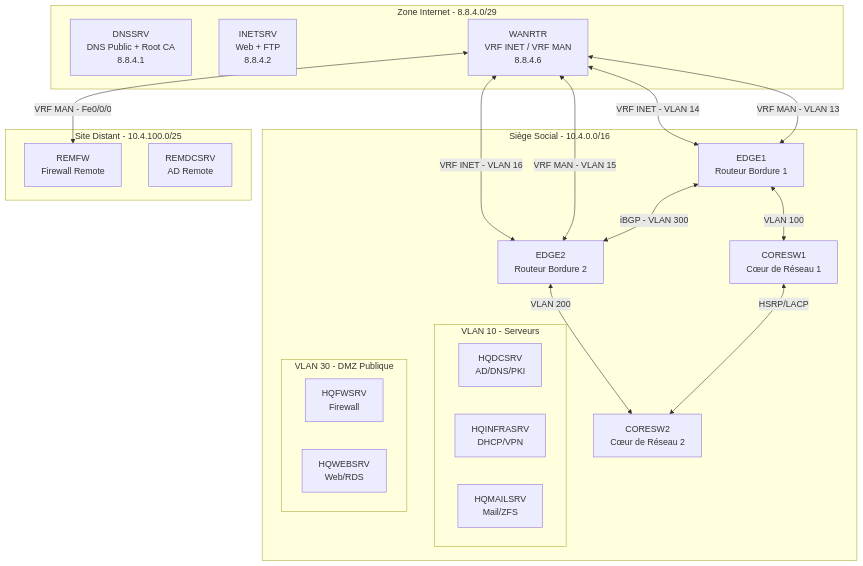
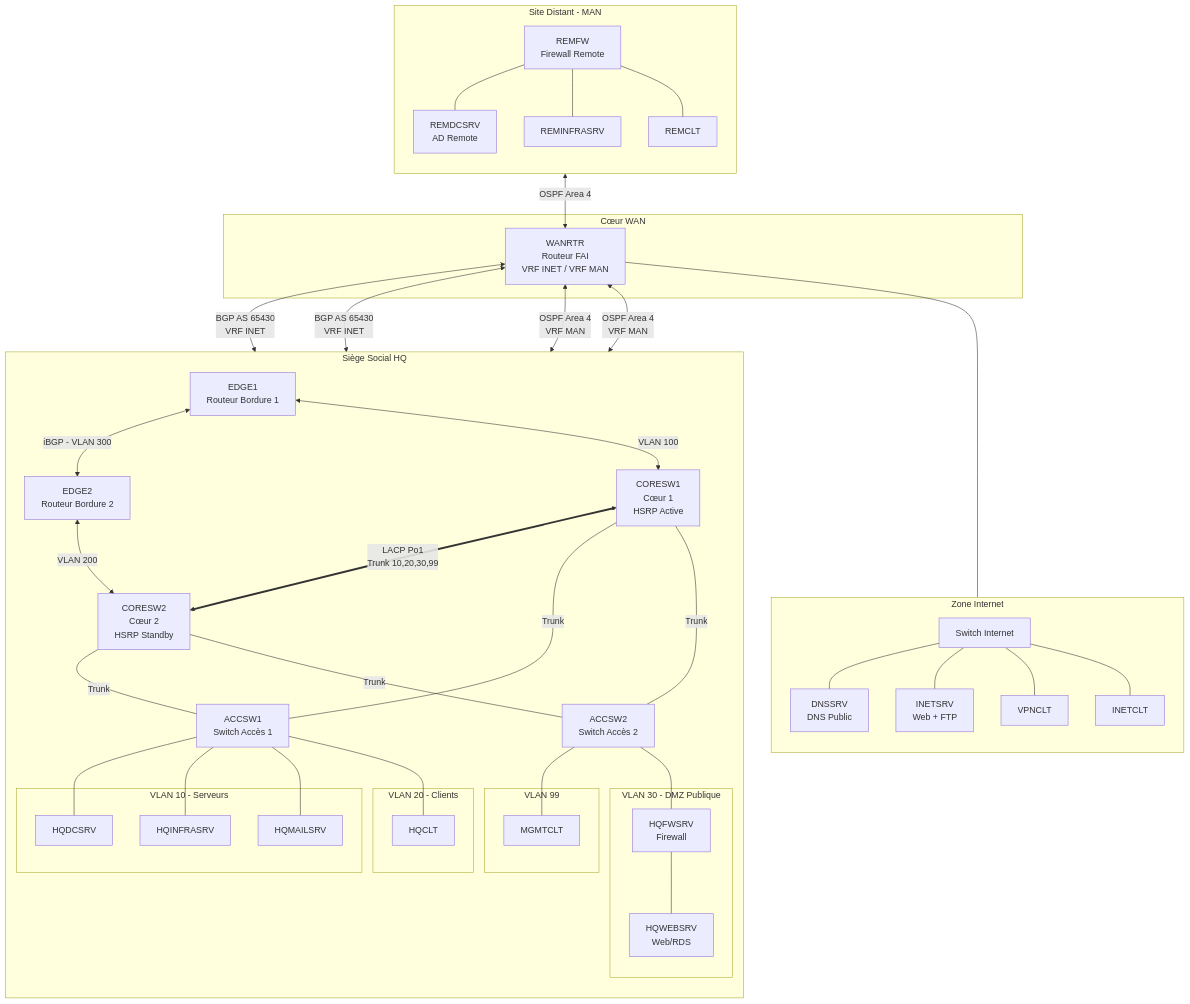
The diagram in readme.md (BadIssues/SAE-501), drawn with Mermaid before and after one commit. The commit also changed other lines of this file, not shown here.

Commit message:
Mise à jour topologie complète avec ACCSW et liens détaillés

````diff
--- a/readme.md
+++ b/readme.md
@@ -24,21 +24,62 @@
 ```mermaid
 graph TD
-    subgraph INTERNET [Zone Internet - 8.8.4.0/29]
-        DNSSRV[DNSSRV<br>DNS Public + Root CA<br>8.8.4.1]
-        INETSRV[INETSRV<br>Web + FTP<br>8.8.4.2]
-        WANRTR[WANRTR<br>VRF INET / VRF MAN<br>8.8.4.6]
+    %% --- Zone REMOTE (Gauche) ---
+    subgraph REMOTE [Site Distant - MAN]
+        direction TB
+        REMFW[REMFW<br>Firewall Remote]
+        REMDCSRV[REMDCSRV<br>AD Remote]
+        REMINFRASRV[REMINFRASRV]
+        REMCLT[REMCLT]
+        
+        REMFW --- REMDCSRV & REMINFRASRV & REMCLT
     end
 
-    subgraph HQ [Siège Social - 10.4.0.0/16]
+    %% --- Zone WAN/Central (Milieu) ---
+    subgraph WAN [Cœur WAN]
+        WANRTR[WANRTR<br>Routeur FAI<br>VRF INET / VRF MAN]
+    end
+
+    %% --- Zone INTERNET (Droite) ---
+    subgraph INTERNET [Zone Internet]
+        direction TB
+        INETSW[Switch Internet]
+        DNSSRV[DNSSRV<br>DNS Public]
+        INETSRV[INETSRV<br>Web + FTP]
+        VPNCLT[VPNCLT]
+        INETCLT[INETCLT]
+        
+        INETSW --- DNSSRV & INETSRV & VPNCLT & INETCLT
+    end
+
+    %% --- Zone HQ (Bas) ---
+    subgraph HQ [Siège Social HQ]
+        direction TB
+        
+        %% Routeurs de Bordure
         EDGE1[EDGE1<br>Routeur Bordure 1]
         EDGE2[EDGE2<br>Routeur Bordure 2]
-        CORESW1[CORESW1<br>Cœur de Réseau 1]
-        CORESW2[CORESW2<br>Cœur de Réseau 2]
         
+        %% Cœur de Réseau
+        CORESW1[CORESW1<br>Cœur 1<br>HSRP Active]
+        CORESW2[CORESW2<br>Cœur 2<br>HSRP Standby]
+        
+        %% Accès
+        ACCSW1[ACCSW1<br>Switch Accès 1]
+        ACCSW2[ACCSW2<br>Switch Accès 2]
+        
+        %% Services & Clients
         subgraph SERVERS [VLAN 10 - Serveurs]
-            HQDCSRV[HQDCSRV<br>AD/DNS/PKI]
-            HQINFRASRV[HQINFRASRV<br>DHCP/VPN]
-            HQMAILSRV[HQMAILSRV<br>Mail/ZFS]
+            HQDCSRV
+            HQINFRASRV
+            HQMAILSRV
+        end
+        
+        subgraph CLIENTS [VLAN 20 - Clients]
+            HQCLT
+        end
+        
+        subgraph MANAGEMENT [VLAN 99]
+            MGMTCLT
         end
         
         subgraph DMZ [VLAN 30 - DMZ Publique]
@@ -47,22 +88,36 @@
         end
     end
 
-    subgraph REMOTE [Site Distant - 10.4.100.0/25]
-        REMFW[REMFW<br>Firewall Remote]
-        REMDCSRV[REMDCSRV<br>AD Remote]
-    end
+    %% --- Connexions ---
+    
+    %% REMOTE vers WANRTR (VRF MAN)
+    REMFW <-->|OSPF Area 4| WANRTR
 
-    %% Liaisons BGP (Internet)
-    WANRTR <-->|VRF INET - VLAN 14| EDGE1
-    WANRTR <-->|VRF INET - VLAN 16| EDGE2
+    %% INTERNET vers WANRTR (VRF INET)
+    WANRTR --- INETSW
+
+    %% WANRTR vers HQ (Double lien par VRF)
+    WANRTR <-->|BGP AS 65430<br>VRF INET| EDGE1
+    WANRTR <-->|BGP AS 65430<br>VRF INET| EDGE2
     
-    %% Liaisons OSPF (MAN)
-    WANRTR <-->|VRF MAN - VLAN 13| EDGE1
-    WANRTR <-->|VRF MAN - VLAN 15| EDGE2
-    WANRTR <-->|VRF MAN - Fe0/0/0| REMFW
-    
+    WANRTR <-->|OSPF Area 4<br>VRF MAN| EDGE1
+    WANRTR <-->|OSPF Area 4<br>VRF MAN| EDGE2
+
+    %% Interconnexions HQ - Layer 3
     EDGE1 <-->|iBGP - VLAN 300| EDGE2
     EDGE1 <-->|VLAN 100| CORESW1
     EDGE2 <-->|VLAN 200| CORESW2
-    CORESW1 <-->|HSRP/LACP| CORESW2
+    
+    %% Interconnexions HQ - Layer 2
+    CORESW1 <==>|LACP Po1<br>Trunk 10,20,30,99| CORESW2
+    
+    CORESW1 ---|Trunk| ACCSW1
+    CORESW1 ---|Trunk| ACCSW2
+    CORESW2 ---|Trunk| ACCSW1
+    CORESW2 ---|Trunk| ACCSW2
+    
+    %% Connexions Access vers End Devices
+    ACCSW1 --- HQDCSRV & HQINFRASRV & HQMAILSRV & HQCLT
+    ACCSW2 --- MGMTCLT & HQFWSRV
+    HQFWSRV --- HQWEBSRV
 ```
````
